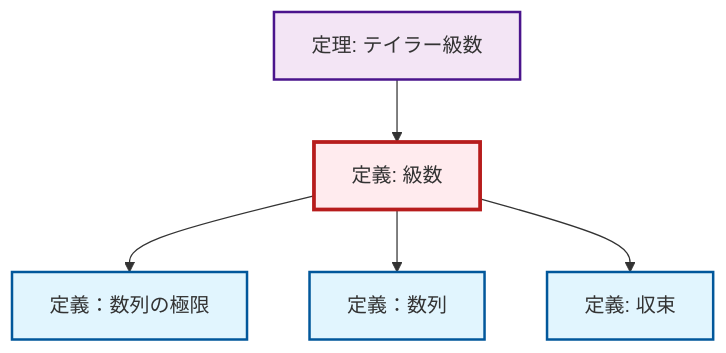
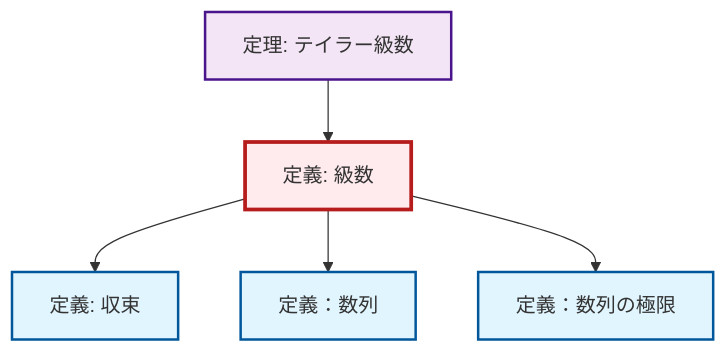
Before and after one commit to RK0429/ModernMath: the diagram in content/ja/analysis/def-series.qmd, drawn with Mermaid. The commit also changed other lines of this file and 328 other files, not shown here.

````diff
--- a/content/ja/analysis/def-series.qmd
+++ b/content/ja/analysis/def-series.qmd
@@ -91,23 +91,23 @@
 ```{mermaid}
 %%| fig-cap: "ローカル依存関係グラフ"
 graph TD
     classDef definition fill:#e1f5fe,stroke:#01579b,stroke-width:2px
     classDef theorem fill:#f3e5f5,stroke:#4a148c,stroke-width:2px
     classDef axiom fill:#fff3e0,stroke:#e65100,stroke-width:2px
     classDef example fill:#e8f5e9,stroke:#1b5e20,stroke-width:2px
     classDef current fill:#ffebee,stroke:#b71c1c,stroke-width:3px
     def-limit["定義：数列の極限"]:::definition
+    def-sequence["定義：数列"]:::definition
     def-convergence["定義: 収束"]:::definition
     def-series["定義: 級数"]:::definition
-    def-sequence["定義：数列"]:::definition
     thm-taylor-series["定理: テイラー級数"]:::theorem
+    def-series --> def-convergence
+    thm-taylor-series --> def-series
+    def-series --> def-sequence
     def-series --> def-limit
-    def-series --> def-sequence
-    thm-taylor-series --> def-series
-    def-series --> def-convergence
     class def-series current
     click def-limit "def-limit.html" "定義：数列の極限へ"
+    click def-sequence "def-sequence.html" "定義：数列へ"
     click def-convergence "def-convergence.html" "収束の定義へ"
-    click def-sequence "def-sequence.html" "定義：数列へ"
     click thm-taylor-series "thm-taylor-series.html" "テイラー級数の定理へ"
 ```
````
